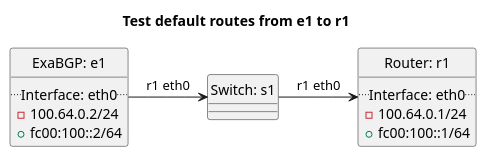
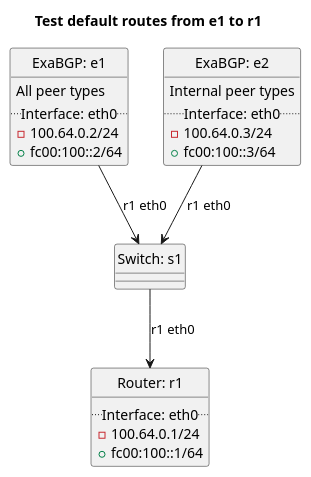
Before and after one commit to oscdev-io/birdplan: the diagram in tests/t40_bgp/t27_accept_default/README.md, drawn with PlantUML. The commit also changed other lines of this file and 798 other files, not shown here.

````diff
--- a/tests/t40_bgp/t27_accept_default/README.md
+++ b/tests/t40_bgp/t27_accept_default/README.md
@@ -18,28 +48,36 @@
 ```plantuml
 @startuml
 hide circle
 title Test default routes from e1 to r1
 
 
 class "Router: r1" {
   .. Interface: eth0 ..
 - 100.64.0.1/24
 + fc00:100::1/64
 }
 
 
 class "ExaBGP: e1" {
+  All peer types
   .. Interface: eth0 ..
 - 100.64.0.2/24
 + fc00:100::2/64
 }
 
+class "ExaBGP: e2" {
+  Internal peer types
+  .. Interface: eth0 ..
+- 100.64.0.3/24
++ fc00:100::3/64
+}
 
 class "Switch: s1" {}
 
 
-"ExaBGP: e1" -> "Switch: s1": r1 eth0
-"Switch: s1" -> "Router: r1": r1 eth0
+"ExaBGP: e1" -down-> "Switch: s1": r1 eth0
+"ExaBGP: e2" -down-> "Switch: s1": r1 eth0
+"Switch: s1" -down-> "Router: r1": r1 eth0
 
 @enduml
 ```
````
